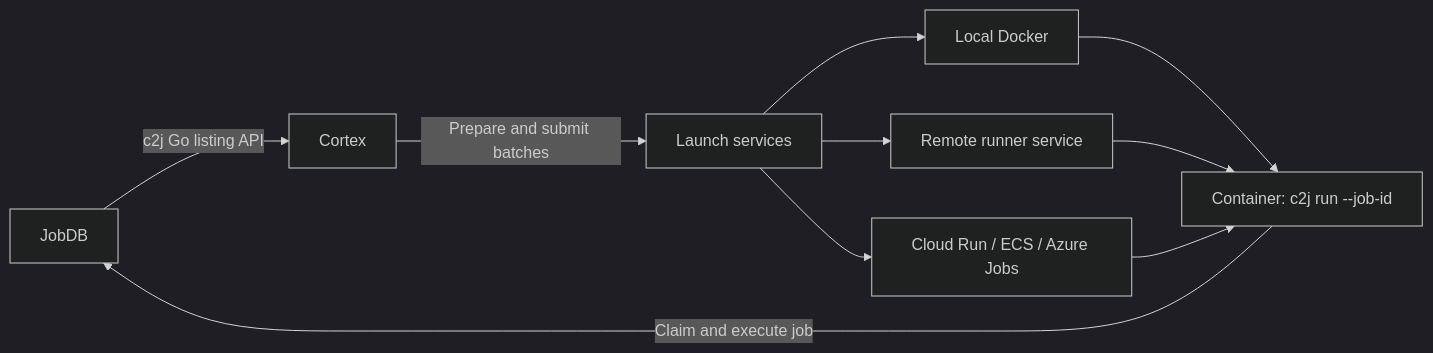
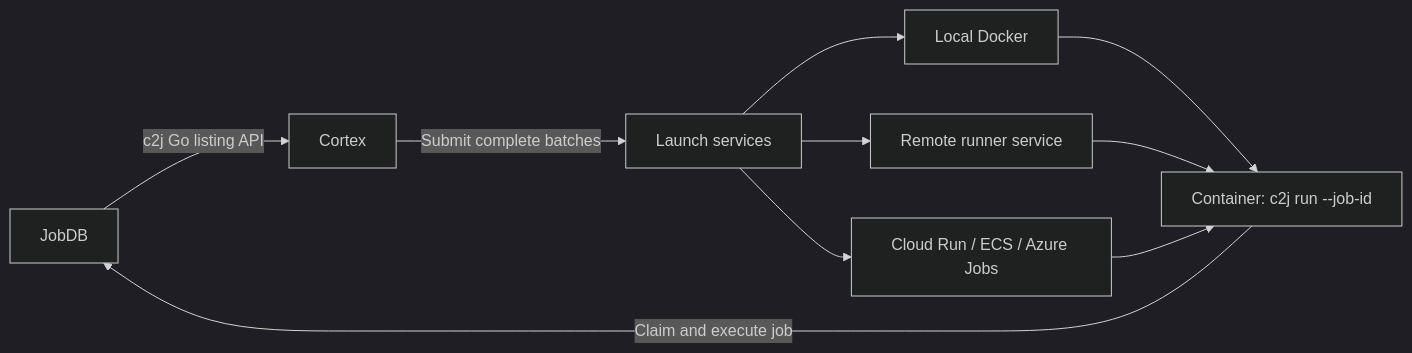
One commit to colony-2/pulse changed the diagram in README.md. Above: the diagram before and after it, drawn with Mermaid (dark theme). The commit also changed other lines of this file and 6 other files, not shown here.

````diff
--- a/README.md
+++ b/README.md
@@ -11,10 +11,10 @@
 ```mermaid
 flowchart LR
     J[JobDB] -->|c2j Go listing API| C[Cortex]
-    C -->|Prepare and submit batches| P[Launch services]
+    C -->|Submit complete batches| P[Launch services]
     P --> D[Local Docker]
     P --> R[Remote runner service]
     P --> G[Cloud Run / ECS / Azure Jobs]
     D & R & G --> E[Container: c2j run --job-id]
     E -->|Claim and execute job| J
 ```
````
